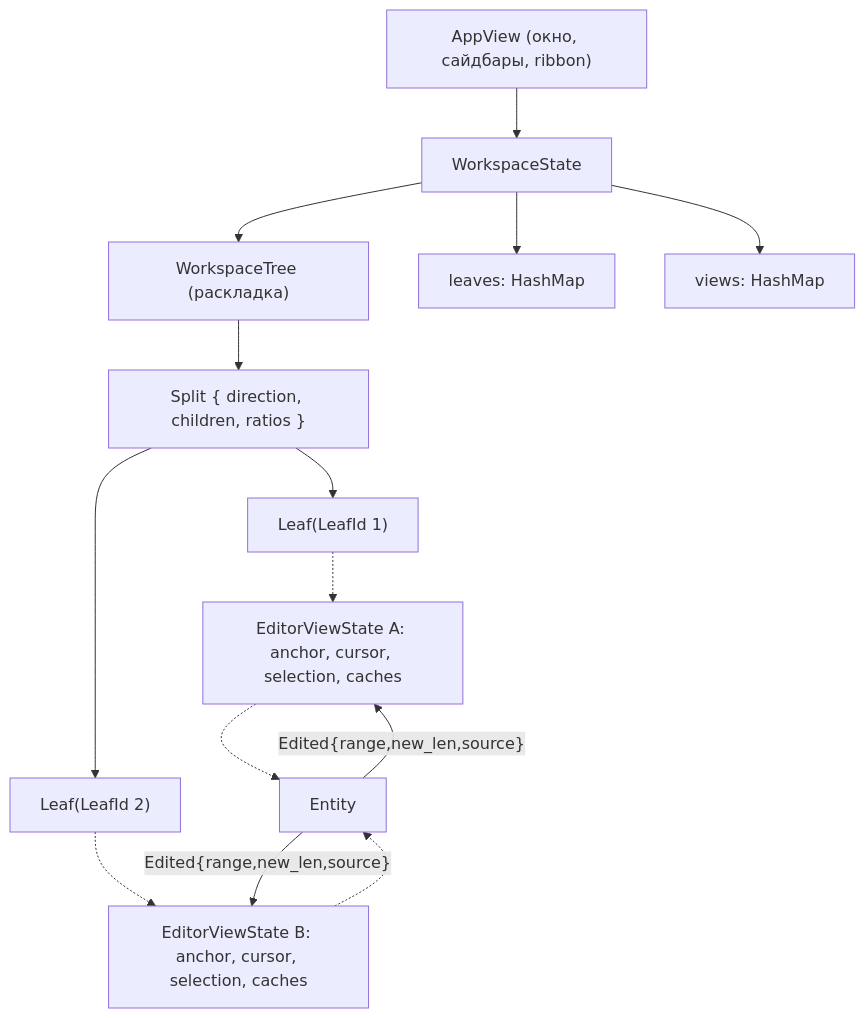
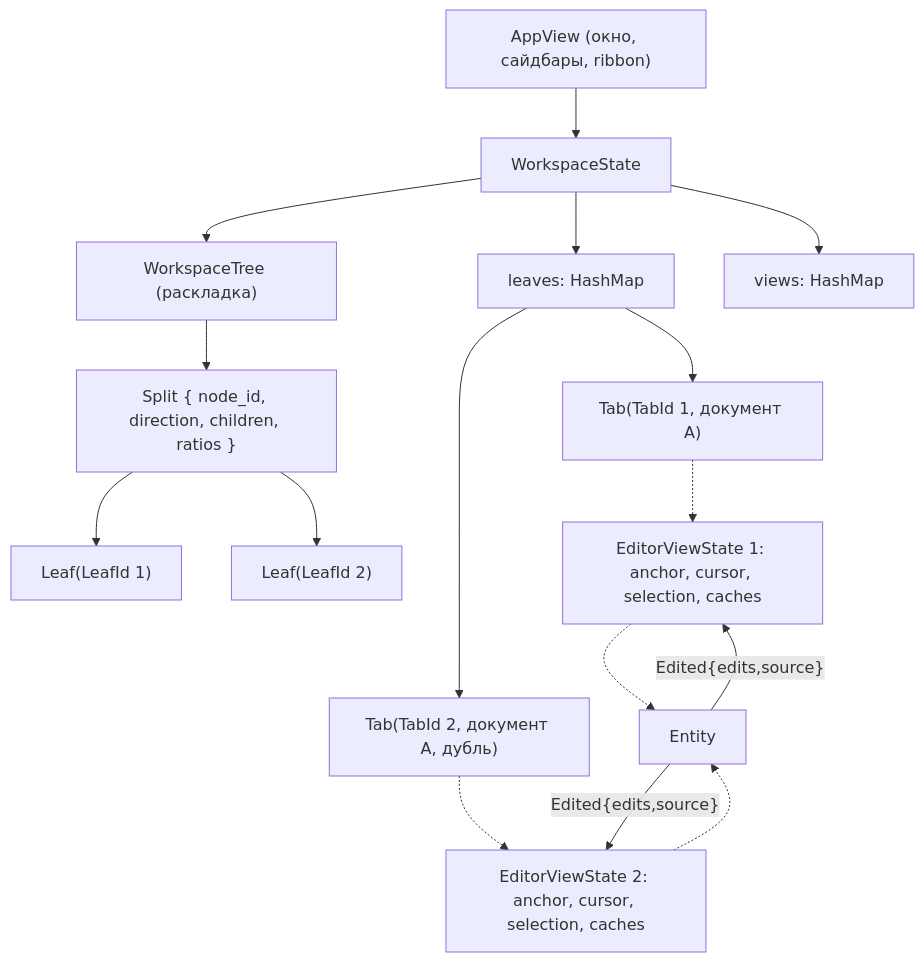
The diagram in aquilum-gpui/TODO/multi-document-workspace-plan.md (leruetkins/Aquilum-NP), drawn with Mermaid before and after one commit. The commit also changed other lines of this file and 50 other files, not shown here.

````diff
--- a/aquilum-gpui/TODO/multi-document-workspace-plan.md
+++ b/aquilum-gpui/TODO/multi-document-workspace-plan.md
@@ -134,16 +288,18 @@
 ```mermaid
 graph TD
     AppView["AppView (окно, сайдбары, ribbon)"] --> WorkspaceState
     WorkspaceState --> Tree["WorkspaceTree (раскладка)"]
     WorkspaceState --> Leaves["leaves: HashMap<LeafId, LeafState>"]
-    WorkspaceState --> Views["views: HashMap<LeafId, EditorViewState>"]
-    Tree --> Split["Split { direction, children, ratios }"]
+    WorkspaceState --> Views["views: HashMap<TabId, EditorViewState>"]
+    Tree --> Split["Split { node_id, direction, children, ratios }"]
     Split --> L1["Leaf(LeafId 1)"]
     Split --> L2["Leaf(LeafId 2)"]
-    L1 -.-> V1["EditorViewState A: anchor, cursor, selection, caches"]
-    L2 -.-> V2["EditorViewState B: anchor, cursor, selection, caches"]
+    Leaves --> T1["Tab(TabId 1, документ A)"]
+    Leaves --> T2["Tab(TabId 2, документ A, дубль)"]
+    T1 -.-> V1["EditorViewState 1: anchor, cursor, selection, caches"]
+    T2 -.-> V2["EditorViewState 2: anchor, cursor, selection, caches"]
     V1 -.-> Buf["Entity<DocumentBuffer>"]
     V2 -.-> Buf
-    Buf -- "Edited{range,new_len,source}" --> V1
-    Buf -- "Edited{range,new_len,source}" --> V2
+    Buf -- "Edited{edits,source}" --> V1
+    Buf -- "Edited{edits,source}" --> V2
 ```
````
